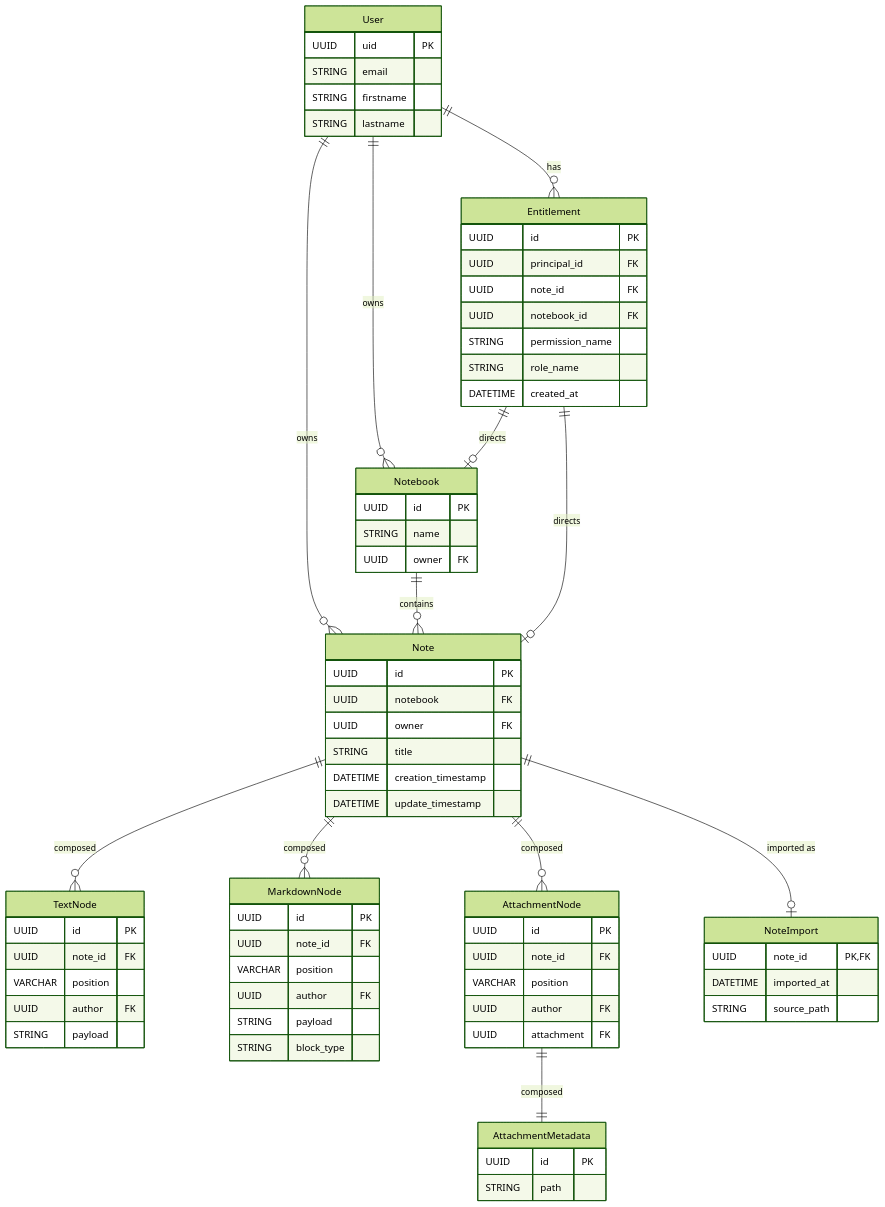
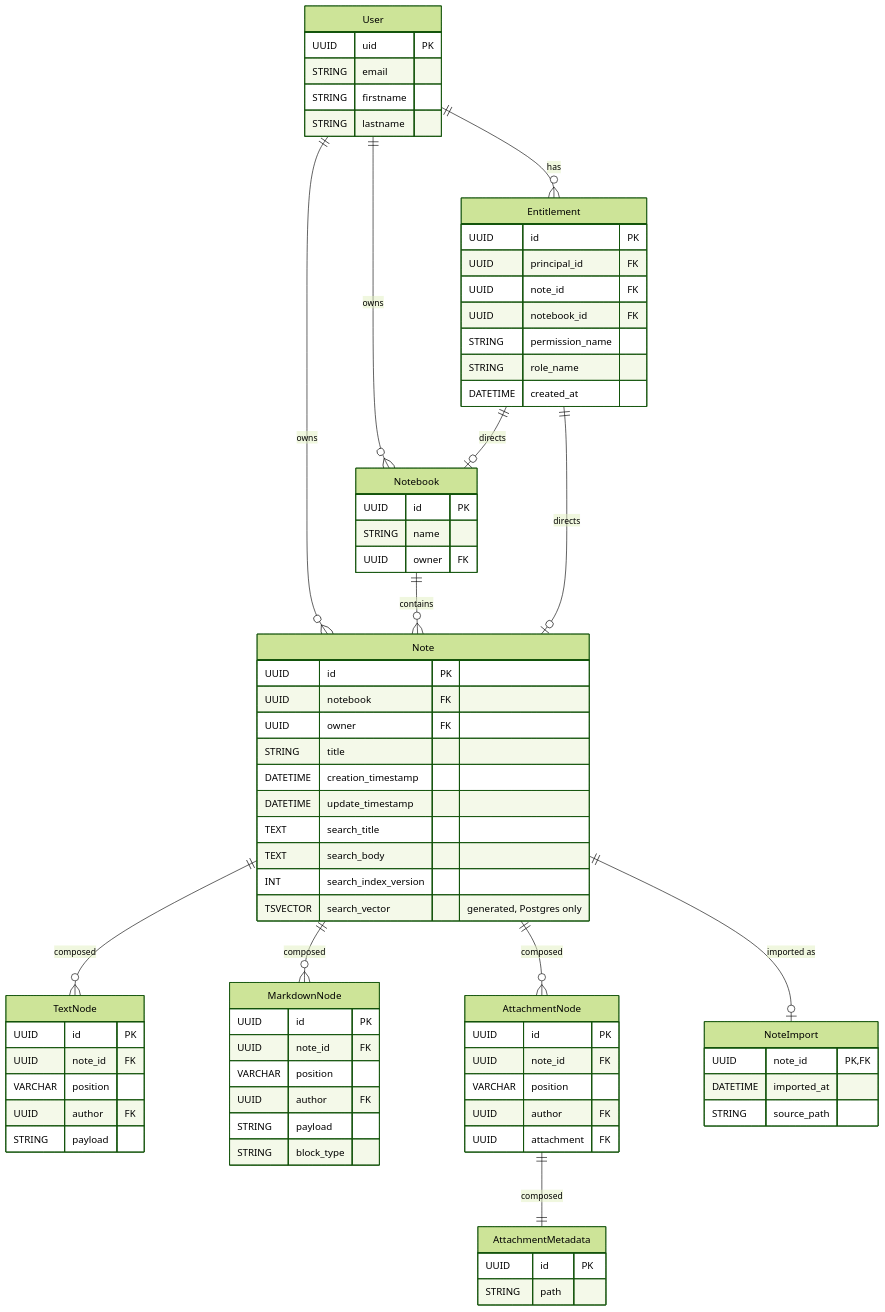
One commit to fpacifici/assistant changed the diagram in docs/architecture/notesservice.md. Above: the diagram before and after it, drawn with Mermaid (forest theme). The commit also changed other lines of this file and 7 other files, not shown here.

Commit message:
Document the search architecture, API and test setup

```diff
--- a/docs/architecture/notesservice.md
+++ b/docs/architecture/notesservice.md
@@ -43,6 +43,10 @@
         STRING title
         DATETIME creation_timestamp
         DATETIME update_timestamp
+        TEXT search_title
+        TEXT search_body
+        INT search_index_version
+        TSVECTOR search_vector "generated, Postgres only"
     }
 
     TextNode {
```
